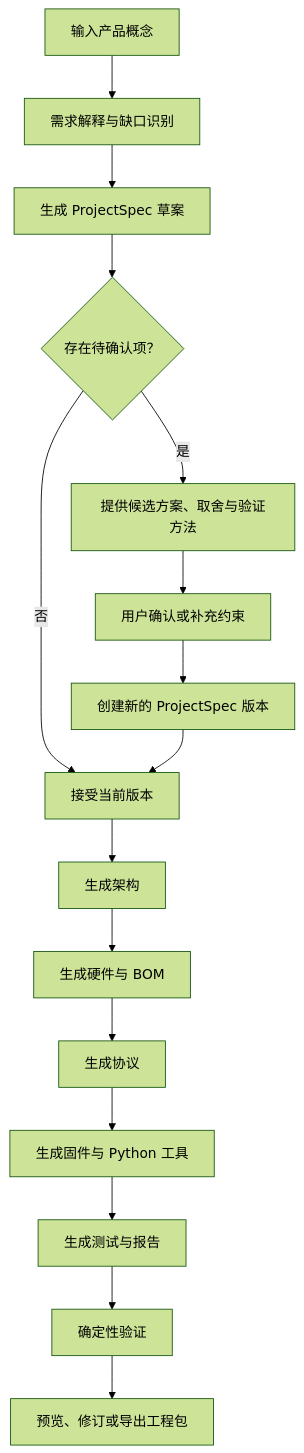
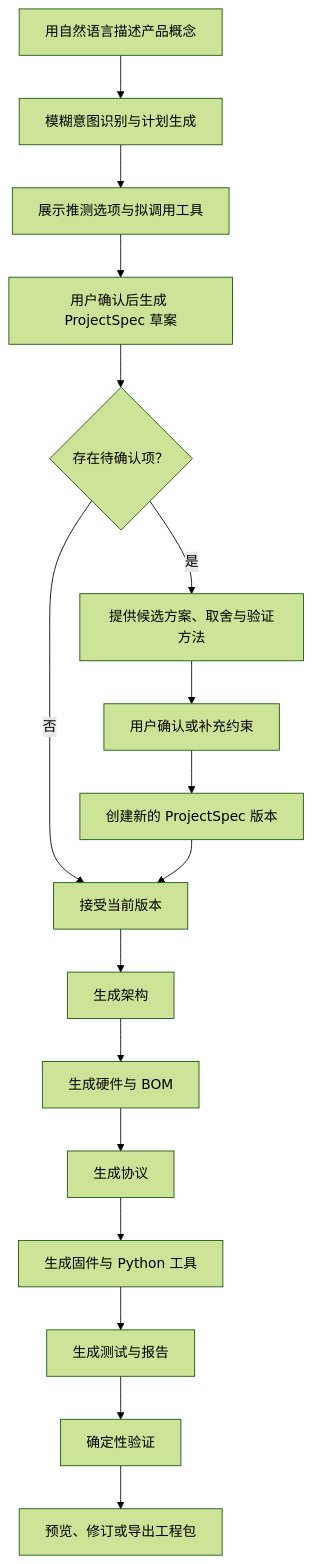
Before and after one commit to chenziyi058/Designer-Prototype-Agent: the diagram in docs/workflow.md, drawn with Mermaid (forest theme). The commit also changed other lines of this file and 7 other files, not shown here.

````diff
--- a/docs/workflow.md
+++ b/docs/workflow.md
@@ -5,18 +5,19 @@
 ```mermaid
 flowchart TD
-    A["输入产品概念"] --> B["需求解释与缺口识别"]
-    B --> C["生成 ProjectSpec 草案"]
+    A["用自然语言描述产品概念"] --> B["模糊意图识别与计划生成"]
+    B --> B1["展示推测选项与拟调用工具"]
+    B1 --> C["用户确认后生成 ProjectSpec 草案"]
     C --> D{"存在待确认项？"}
     D -->|是| E["提供候选方案、取舍与验证方法"]
     E --> F["用户确认或补充约束"]
     F --> G["创建新的 ProjectSpec 版本"]
     D -->|否| H["接受当前版本"]
     G --> H
     H --> I["生成架构"]
     I --> J["生成硬件与 BOM"]
     J --> K["生成协议"]
     K --> L["生成固件与 Python 工具"]
     L --> M["生成测试与报告"]
     M --> N["确定性验证"]
     N --> O["预览、修订或导出工程包"]
 ```
````
